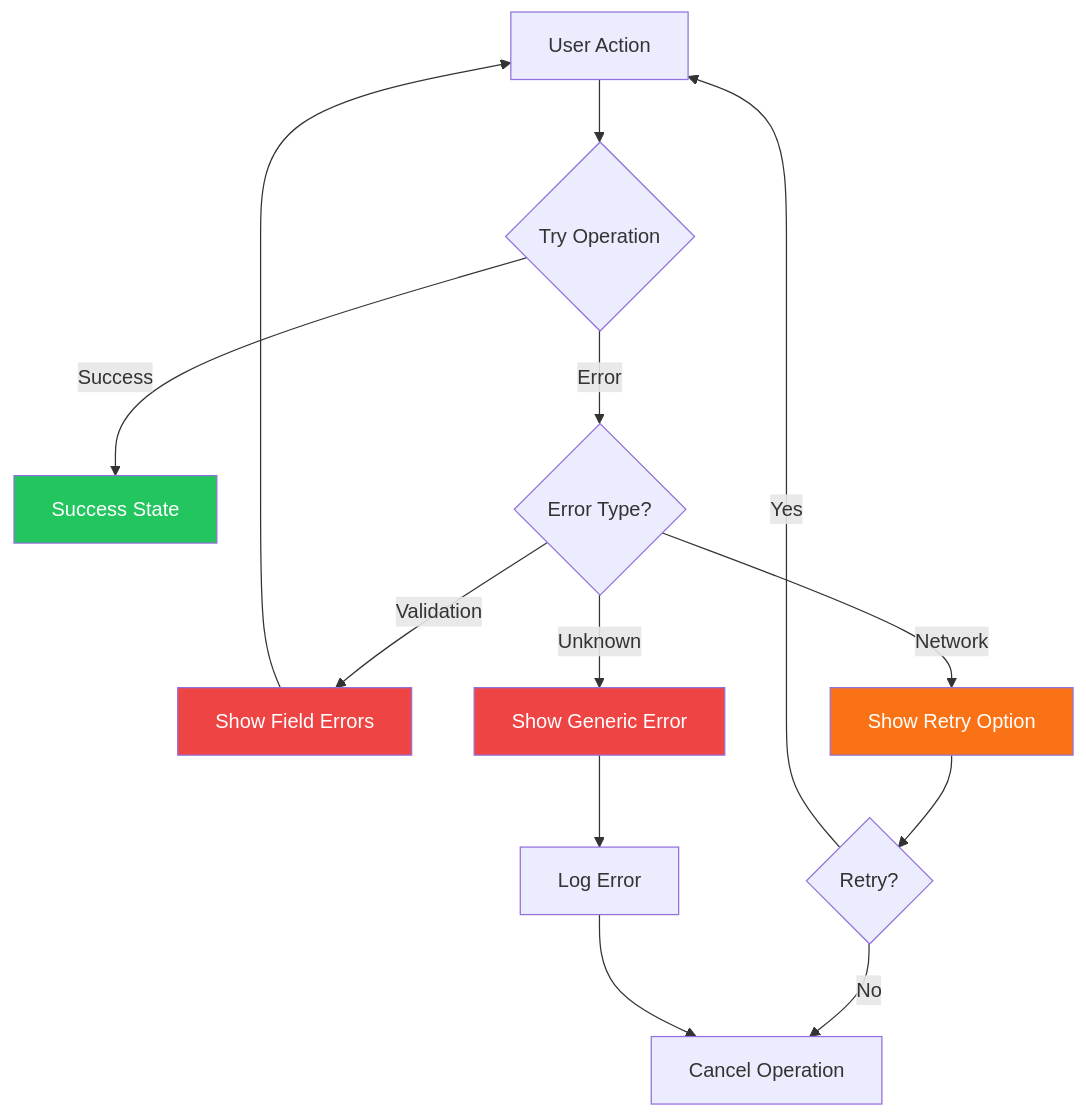
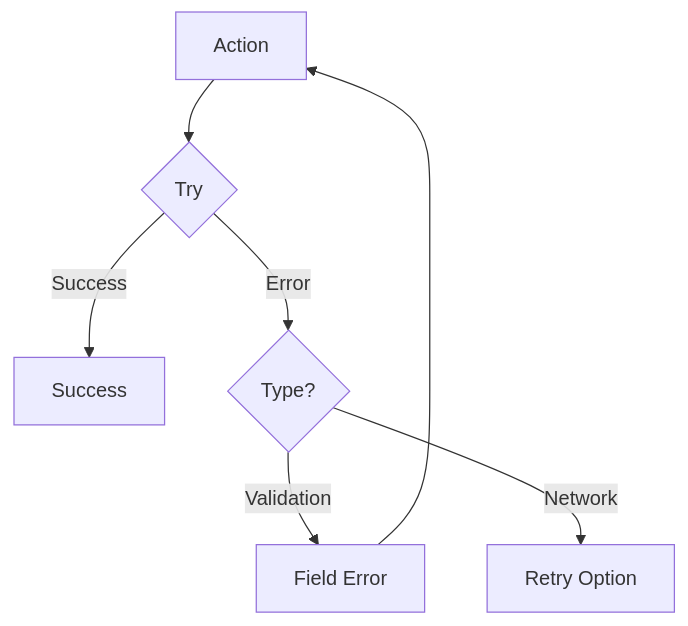
The fifth of 5 diagrams in agents/mermaid-designer/AGENT.md (Mineru98/dev-consultant), drawn with Mermaid before and after one commit. The commit also changed other lines of this file and 4 other files, not shown here.

````diff
--- a/agents/mermaid-designer/AGENT.md
+++ b/agents/mermaid-designer/AGENT.md
@@ -154,22 +93,9 @@
 ```mermaid
 flowchart TD
-    Action[User Action] --> Try{Try Operation}
-    Try -->|Success| Success[Success State]
-    Try -->|Error| Catch{Error Type?}
-
-    Catch -->|Validation| VError[Show Field Errors]
-    Catch -->|Network| NError[Show Retry Option]
-    Catch -->|Unknown| UError[Show Generic Error]
-
+    Action --> Try{Try}
+    Try -->|Success| Success
+    Try -->|Error| Catch{Type?}
+    Catch -->|Validation| VError[Field Error]
+    Catch -->|Network| NError[Retry Option]
     VError --> Action
-    NError --> Retry{Retry?}
-    Retry -->|Yes| Action
-    Retry -->|No| Cancel[Cancel Operation]
-    UError --> Log[Log Error]
-    Log --> Cancel
-
-    style Success fill:#22c55e,color:#fff
-    style VError fill:#ef4444,color:#fff
-    style NError fill:#f97316,color:#fff
-    style UError fill:#ef4444,color:#fff
 ```
````
